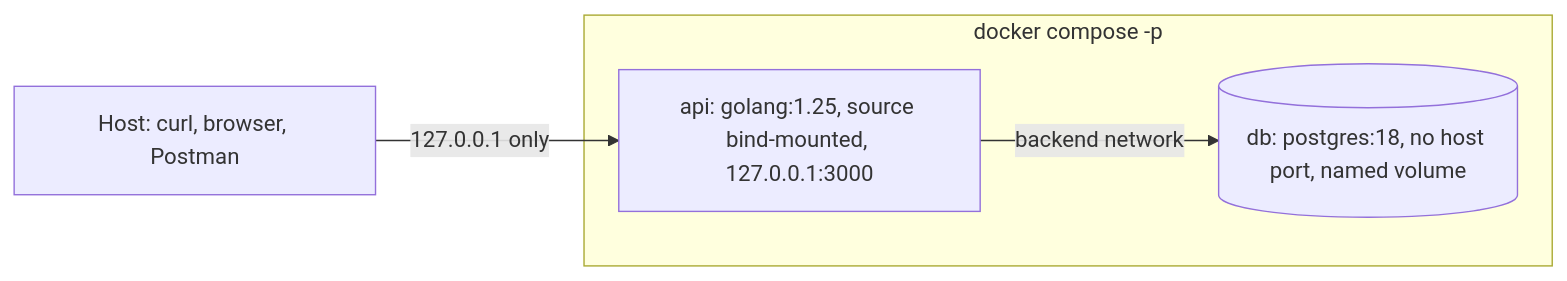
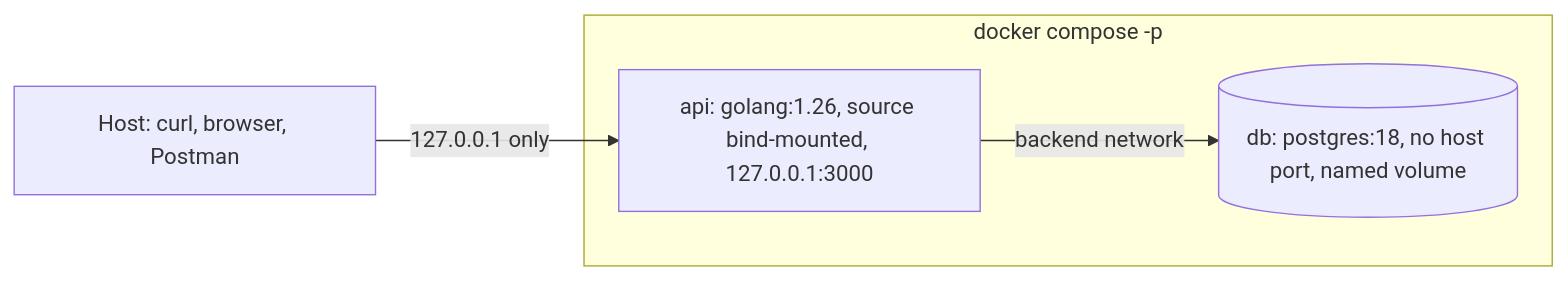
The fourth of 5 diagrams in docs/ARCHITECTURE.md (lathief/RiskForge), drawn with Mermaid before and after one commit. The commit also changed 199 other files, not shown here.

````diff
--- a/docs/ARCHITECTURE.md
+++ b/docs/ARCHITECTURE.md
@@ -149,9 +149,9 @@
 ```mermaid
 flowchart LR
     subgraph Compose["docker compose -p <project>"]
-        api["api: golang:1.25, source bind-mounted, 127.0.0.1:3000"]
+        api["api: golang:1.26, source bind-mounted, 127.0.0.1:3000"]
         db[("db: postgres:18, no host port, named volume")]
         api -->|backend network| db
     end
     host["Host: curl, browser, Postman"] -->|127.0.0.1 only| api
 ```
````
